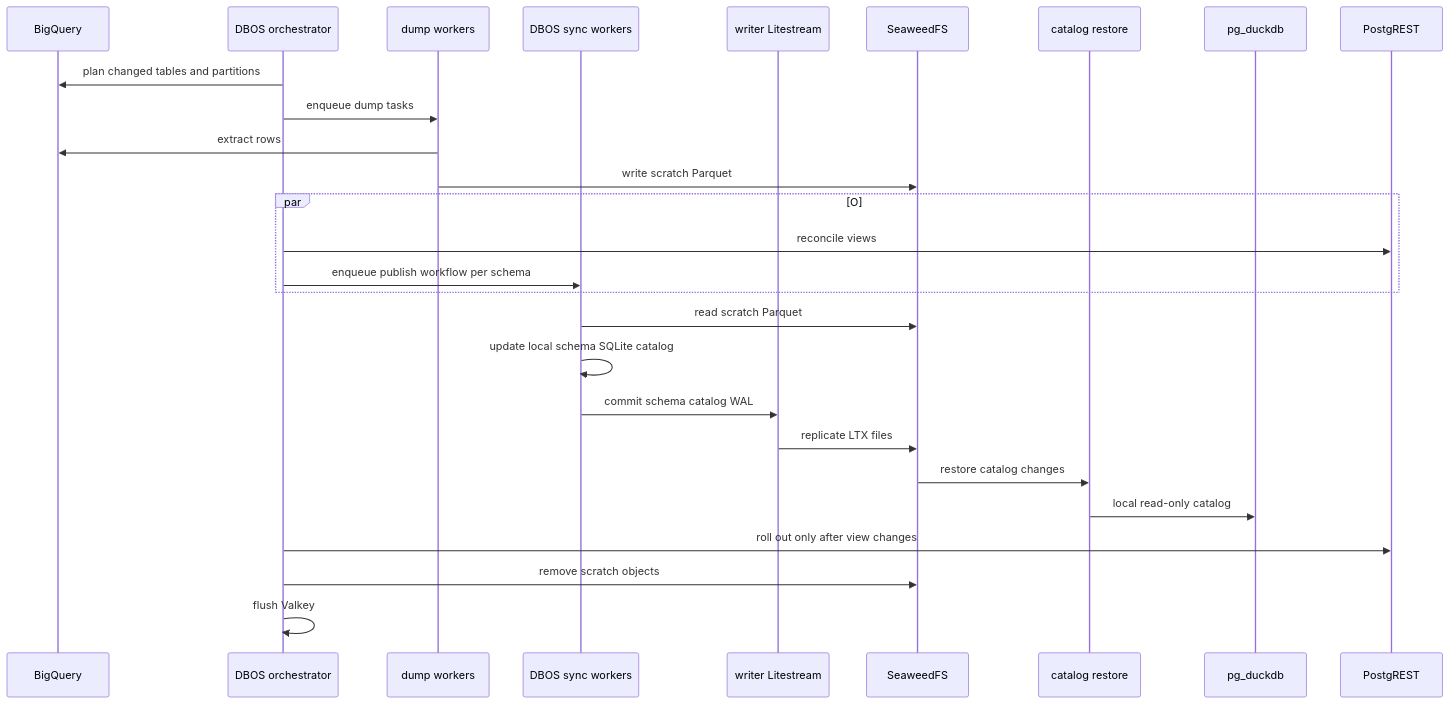
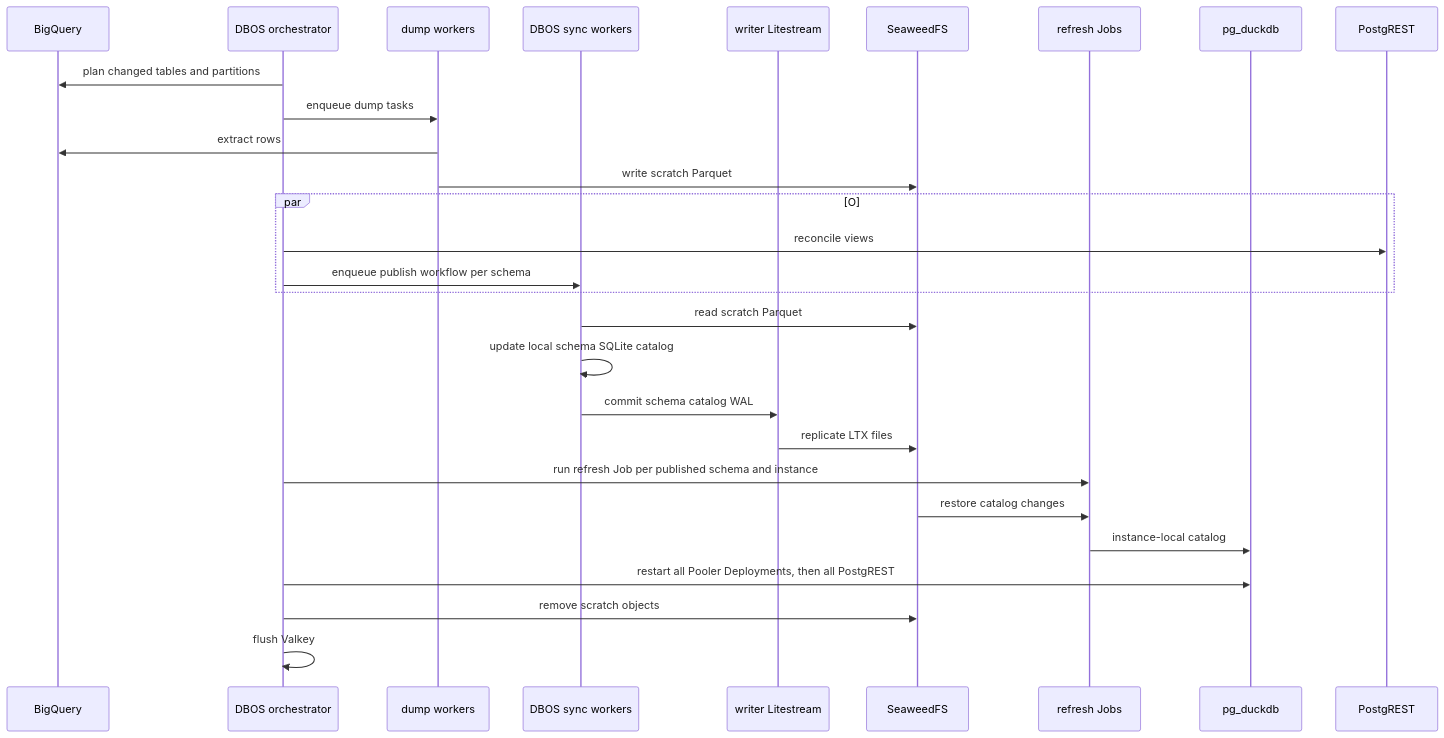
One commit to prefeitura-rio/data-proxy changed the first of 2 diagrams in docs/architecture.md. Above: the diagram before and after it, drawn with Mermaid. The commit also changed other lines of this file and 13 other files, not shown here.

First line of the commit message:
docs: describe instance catalog refresh and fix style findings

````diff
--- a/docs/architecture.md
+++ b/docs/architecture.md
@@ -65,30 +74,31 @@
 ```mermaid
 sequenceDiagram
     participant BQ as BigQuery
     participant O as DBOS orchestrator
     participant D as dump workers
     participant P as DBOS sync workers
     participant L as writer Litestream
     participant S3 as SeaweedFS
-    participant R as catalog restore
+    participant R as refresh Jobs
     participant PG as pg_duckdb
     participant API as PostgREST
 
     O->>BQ: plan changed tables and partitions
     O->>D: enqueue dump tasks
     D->>BQ: extract rows
     D->>S3: write scratch Parquet
     par O
         O->>API: reconcile views
         O->>P: enqueue publish workflow per schema
     end
     P->>S3: read scratch Parquet
     P->>P: update local schema SQLite catalog
     P->>L: commit schema catalog WAL
     L->>S3: replicate LTX files
+    O->>R: run refresh Job per published schema and instance
     S3->>R: restore catalog changes
-    R->>PG: local read-only catalog
-    O->>API: roll out only after view changes
+    R->>PG: instance-local catalog
+    O->>PG: restart all Pooler Deployments, then all PostgREST
     O->>S3: remove scratch objects
     O->>O: flush Valkey
 ```
````
